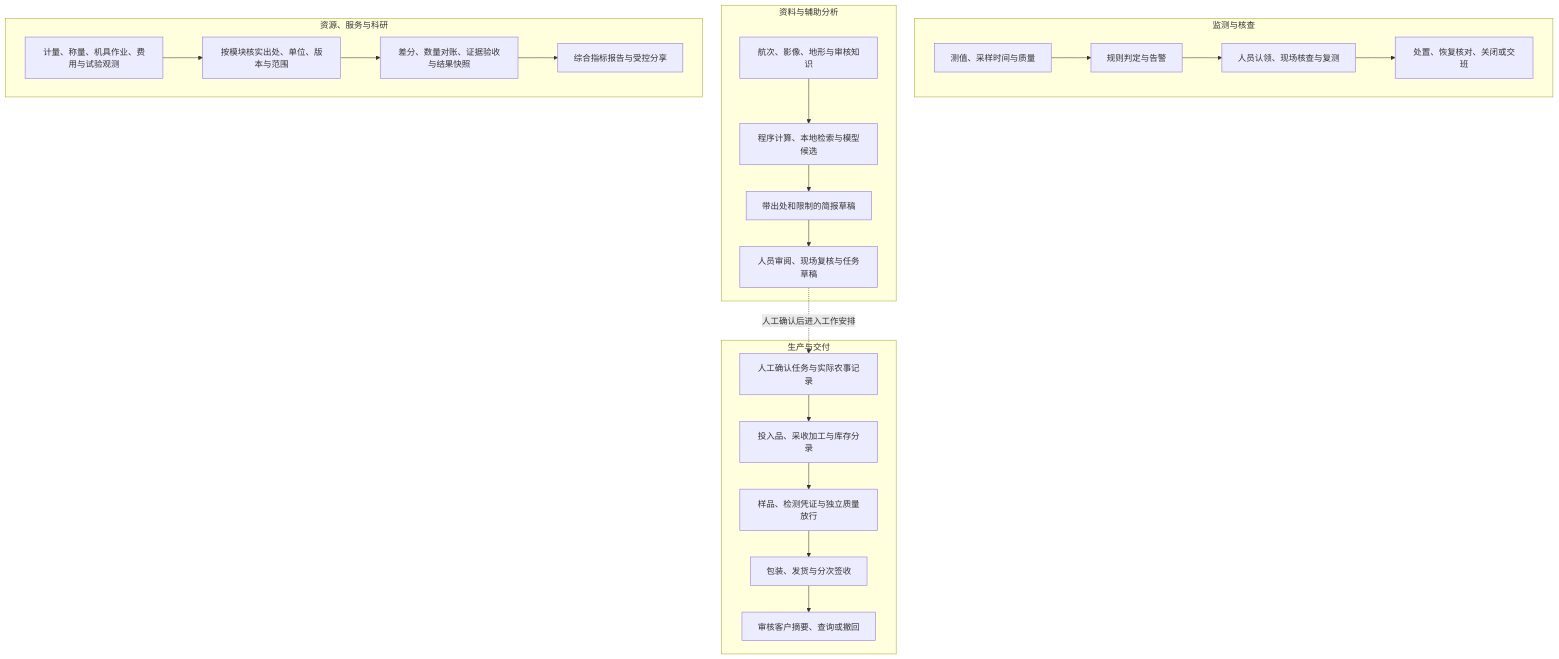
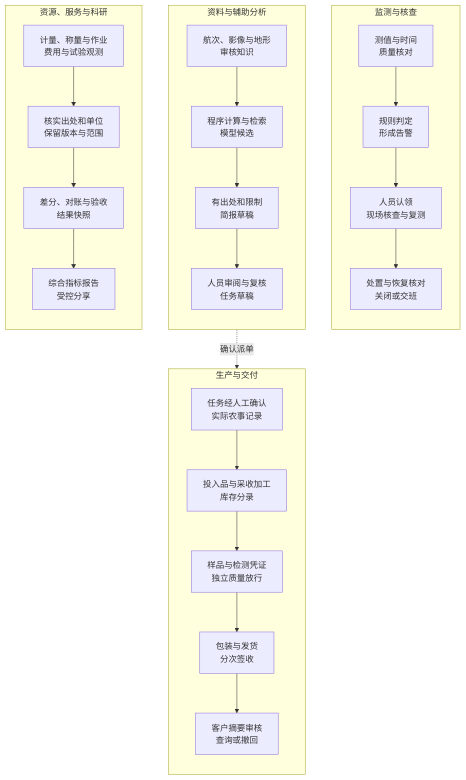
The second of 2 diagrams in README.md (8jdkds7nzz-hub/liangzihu-farm-platform), drawn with Mermaid before and after one commit. The commit also changed other lines of this file, not shown here.

Commit message:
docs: 改善业务流程图排布与登录链接

````diff
--- a/README.md
+++ b/README.md
@@ -78,25 +78,29 @@
 ```mermaid
 flowchart TB
     subgraph MONITOR["监测与核查"]
-        M1["测值、采样时间与质量"] --> M2["规则判定与告警"]
-        M2 --> M3["人员认领、现场核查与复测"]
-        M3 --> M4["处置、恢复核对、关闭或交班"]
+        direction TB
+        M1["测值与时间<br/>质量核对"] --> M2["规则判定<br/>形成告警"]
+        M2 --> M3["人员认领<br/>现场核查与复测"]
+        M3 --> M4["处置与恢复核对<br/>关闭或交班"]
     end
     subgraph PRODUCTION["生产与交付"]
-        P1["人工确认任务与实际农事记录"] --> P2["投入品、采收加工与库存分录"]
-        P2 --> P3["样品、检测凭证与独立质量放行"]
-        P3 --> P4["包装、发货与分次签收"]
-        P4 --> P5["审核客户摘要、查询或撤回"]
+        direction TB
+        P1["任务经人工确认<br/>实际农事记录"] --> P2["投入品与采收加工<br/>库存分录"]
+        P2 --> P3["样品与检测凭证<br/>独立质量放行"]
+        P3 --> P4["包装与发货<br/>分次签收"]
+        P4 --> P5["客户摘要审核<br/>查询或撤回"]
     end
     subgraph ANALYSIS["资料与辅助分析"]
-        A1["航次、影像、地形与审核知识"] --> A2["程序计算、本地检索与模型候选"]
-        A2 --> A3["带出处和限制的简报草稿"]
-        A3 --> A4["人员审阅、现场复核与任务草稿"]
+        direction TB
+        A1["航次、影像与地形<br/>审核知识"] --> A2["程序计算与检索<br/>模型候选"]
+        A2 --> A3["有出处和限制<br/>简报草稿"]
+        A3 --> A4["人员审阅与复核<br/>任务草稿"]
     end
     subgraph MANAGEMENT["资源、服务与科研"]
-        R1["计量、称量、机具作业、费用与试验观测"] --> R2["按模块核实出处、单位、版本与范围"]
-        R2 --> R3["差分、数量对账、证据验收与结果快照"]
-        R3 --> R4["综合指标报告与受控分享"]
+        direction TB
+        R1["计量、称量与作业<br/>费用与试验观测"] --> R2["核实出处和单位<br/>保留版本与范围"]
+        R2 --> R3["差分、对账与验收<br/>结果快照"]
+        R3 --> R4["综合指标报告<br/>受控分享"]
     end
-    A4 -. 人工确认后进入工作安排 .-> P1
+    A4 -. 确认派单 .-> P1
 ```
````
